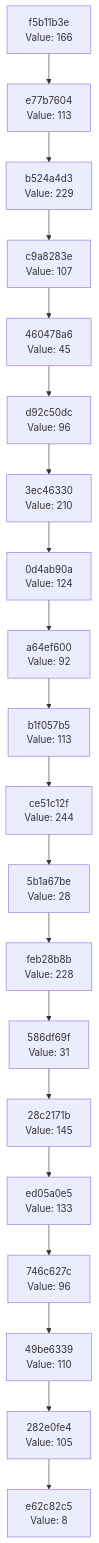
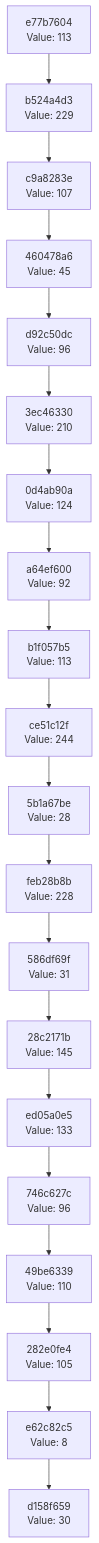
The diagram in docs/CHAIN_VISUALIZATION.md (Abhisheksinha1506/hash-chain-evolver), drawn with Mermaid before and after one commit. The commit also changed 3 other files, not shown here.

````diff
--- a/docs/CHAIN_VISUALIZATION.md
+++ b/docs/CHAIN_VISUALIZATION.md
@@ -3,42 +3,42 @@
 ```mermaid
 graph TD
-    C0["e62c82c5<br/>Value: 8"]
-    C1["282e0fe4<br/>Value: 105"]
+    C0["d158f659<br/>Value: 30"]
+    C1["e62c82c5<br/>Value: 8"]
     C1 --> C0
-    C2["49be6339<br/>Value: 110"]
+    C2["282e0fe4<br/>Value: 105"]
     C2 --> C1
-    C3["746c627c<br/>Value: 96"]
+    C3["49be6339<br/>Value: 110"]
     C3 --> C2
-    C4["ed05a0e5<br/>Value: 133"]
+    C4["746c627c<br/>Value: 96"]
     C4 --> C3
-    C5["28c2171b<br/>Value: 145"]
+    C5["ed05a0e5<br/>Value: 133"]
     C5 --> C4
-    C6["586df69f<br/>Value: 31"]
+    C6["28c2171b<br/>Value: 145"]
     C6 --> C5
-    C7["feb28b8b<br/>Value: 228"]
+    C7["586df69f<br/>Value: 31"]
     C7 --> C6
-    C8["5b1a67be<br/>Value: 28"]
+    C8["feb28b8b<br/>Value: 228"]
     C8 --> C7
-    C9["ce51c12f<br/>Value: 244"]
+    C9["5b1a67be<br/>Value: 28"]
     C9 --> C8
-    C10["b1f057b5<br/>Value: 113"]
+    C10["ce51c12f<br/>Value: 244"]
     C10 --> C9
-    C11["a64ef600<br/>Value: 92"]
+    C11["b1f057b5<br/>Value: 113"]
     C11 --> C10
-    C12["0d4ab90a<br/>Value: 124"]
+    C12["a64ef600<br/>Value: 92"]
     C12 --> C11
-    C13["3ec46330<br/>Value: 210"]
+    C13["0d4ab90a<br/>Value: 124"]
     C13 --> C12
-    C14["d92c50dc<br/>Value: 96"]
+    C14["3ec46330<br/>Value: 210"]
     C14 --> C13
-    C15["460478a6<br/>Value: 45"]
+    C15["d92c50dc<br/>Value: 96"]
     C15 --> C14
-    C16["c9a8283e<br/>Value: 107"]
+    C16["460478a6<br/>Value: 45"]
     C16 --> C15
-    C17["b524a4d3<br/>Value: 229"]
+    C17["c9a8283e<br/>Value: 107"]
     C17 --> C16
-    C18["e77b7604<br/>Value: 113"]
+    C18["b524a4d3<br/>Value: 229"]
     C18 --> C17
-    C19["f5b11b3e<br/>Value: 166"]
+    C19["e77b7604<br/>Value: 113"]
     C19 --> C18
 ```
````
